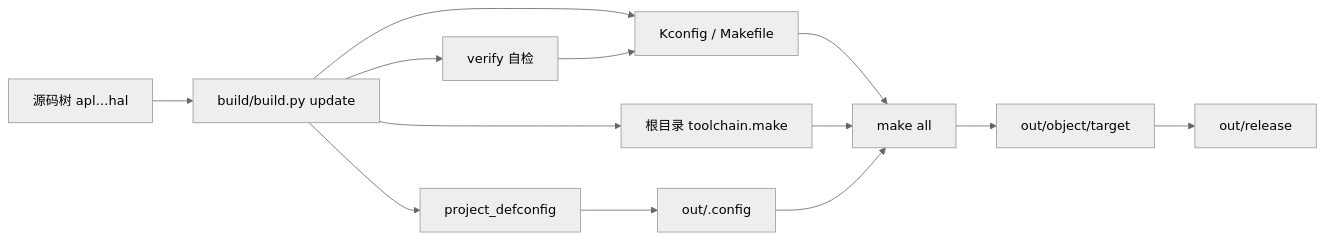
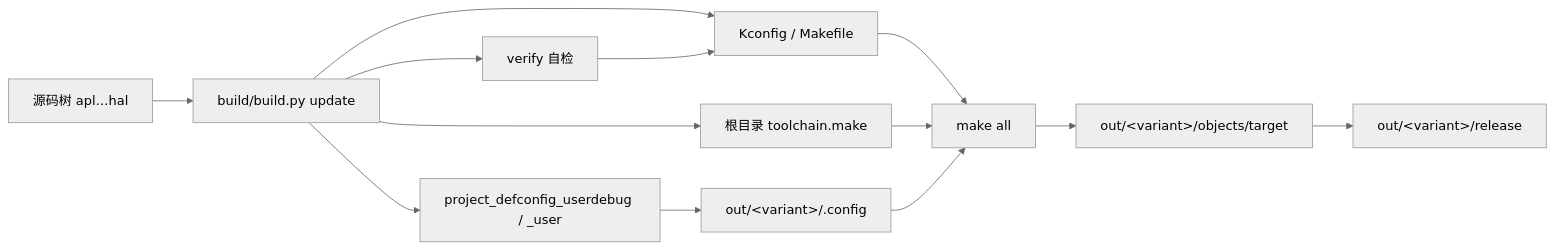
One commit to wanglinchen/stm32_freertos changed the second of 3 diagrams in .skills/工程规格.md. Above: the diagram before and after it, drawn with Mermaid (neutral theme). The commit also changed other lines of this file and 43 other files, not shown here.

First line of the commit message:
双档构建：userdebug（-Og -g3）与 user（-Os -g0）独立产物树。

````diff
--- a/.skills/工程规格.md
+++ b/.skills/工程规格.md
@@ -133,15 +133,15 @@
 ```mermaid
 flowchart LR
     SRC[源码树 apl…hal] --> UP["build/build.py update"]
     UP --> KC[Kconfig / Makefile]
     UP --> TM["根目录 toolchain.make"]
-    UP --> DC[project_defconfig]
-    DC --> CFG[out/.config]
+    UP --> DC[project_defconfig_userdebug / _user]
+    DC --> CFG[out/&lt;variant&gt;/.config]
     UP --> VF[verify 自检]
     VF --> KC
     KC --> MK[make all]
     TM --> MK
     CFG --> MK
-    MK --> ART["out/object/target"]
-    ART --> REL[out/release]
+    MK --> ART["out/&lt;variant&gt;/objects/target"]
+    ART --> REL["out/&lt;variant&gt;/release"]
 ```
````
